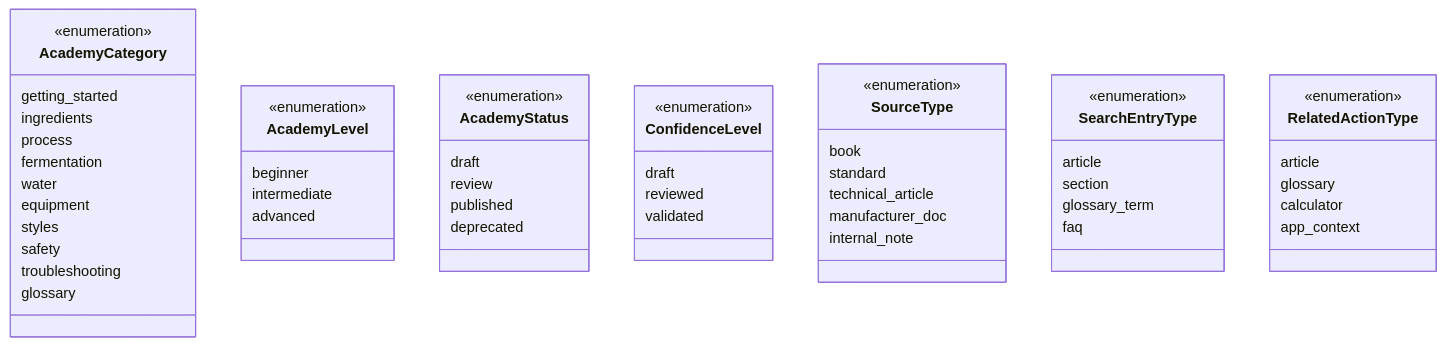
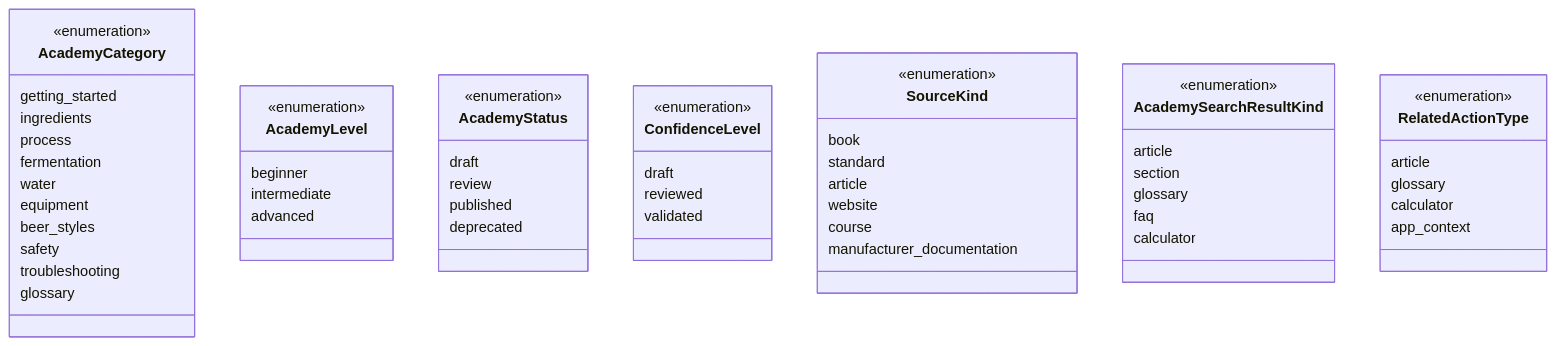
One commit to benoit-bremaud/brasse-bouillon changed the third of 3 diagrams in docs/architecture/diagrams/academy/03-domain-class.md. Above: the diagram before and after it, drawn with Mermaid. The commit also changed other lines of this file and 6 other files, not shown here.

````diff
--- a/docs/architecture/diagrams/academy/03-domain-class.md
+++ b/docs/architecture/diagrams/academy/03-domain-class.md
@@ -214,63 +221,65 @@
 ```mermaid
 classDiagram
   class AcademyCategory {
     <<enumeration>>
     getting_started
     ingredients
     process
     fermentation
     water
     equipment
-    styles
+    beer_styles
     safety
     troubleshooting
     glossary
   }
 
   class AcademyLevel {
     <<enumeration>>
     beginner
     intermediate
     advanced
   }
 
   class AcademyStatus {
     <<enumeration>>
     draft
     review
     published
     deprecated
   }
 
   class ConfidenceLevel {
     <<enumeration>>
     draft
     reviewed
     validated
   }
 
-  class SourceType {
+  class SourceKind {
     <<enumeration>>
     book
     standard
-    technical_article
-    manufacturer_doc
-    internal_note
+    article
+    website
+    course
+    manufacturer_documentation
   }
 
-  class SearchEntryType {
+  class AcademySearchResultKind {
     <<enumeration>>
     article
     section
-    glossary_term
+    glossary
     faq
+    calculator
   }
 
   class RelatedActionType {
     <<enumeration>>
     article
     glossary
     calculator
     app_context
   }
 ```
````
